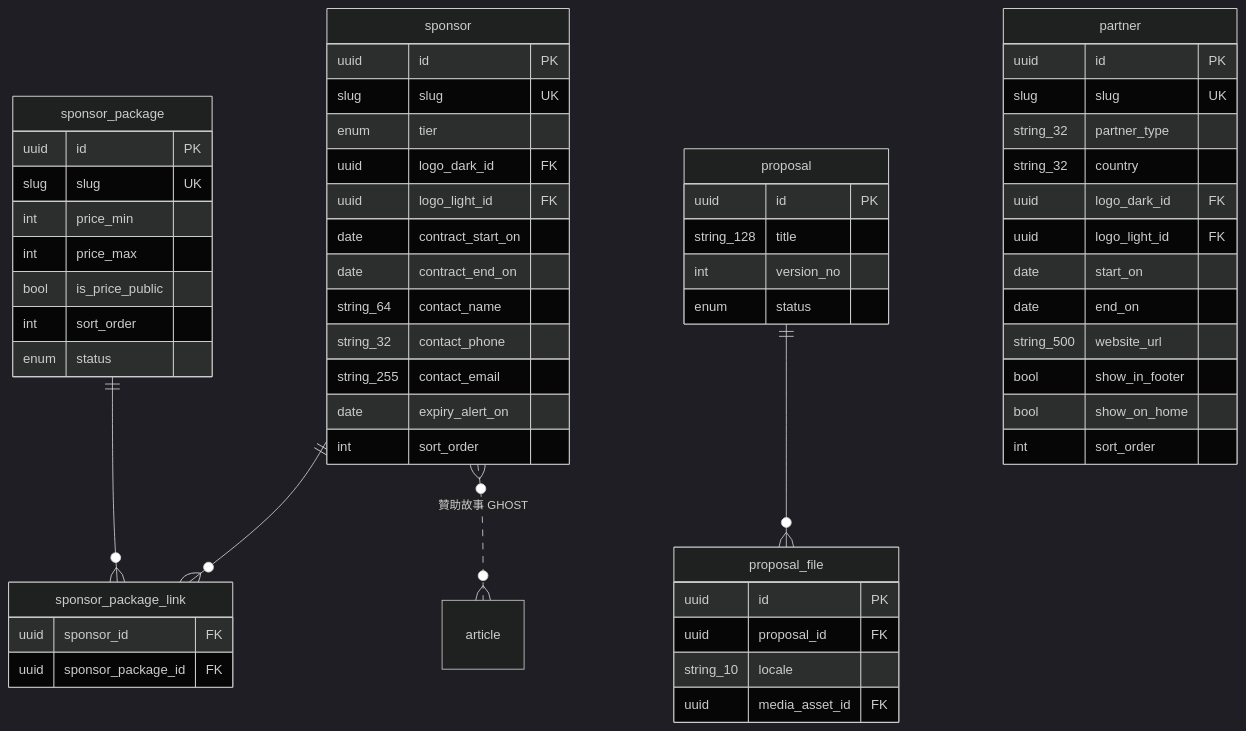
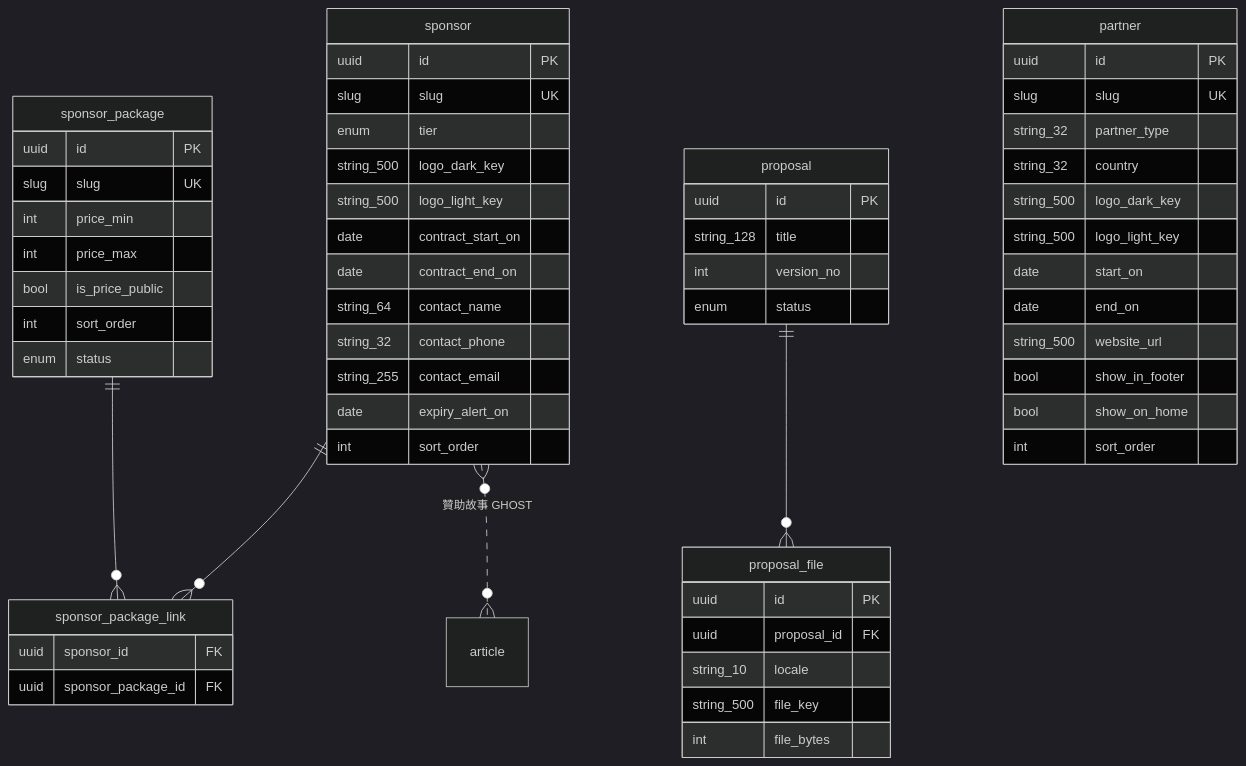
Before and after one commit to waiting0201/tcrfc: the seventh of 16 diagrams in docs/12a-database-erd.md, drawn with Mermaid (dark theme). The commit also changed other lines of this file and 24 other files, not shown here.

First line of the commit message:
feat: 後台圖片改為欄位直傳，新增 STATUS.md 工作追蹤表

````diff
--- a/docs/12a-database-erd.md
+++ b/docs/12a-database-erd.md
@@ -424,60 +421,61 @@
 ```mermaid
 erDiagram
   sponsor ||--o{ sponsor_package_link : ""
   sponsor_package ||--o{ sponsor_package_link : ""
   proposal ||--o{ proposal_file : ""
   sponsor }o..o{ article : "贊助故事 GHOST"
   partner {
     uuid id PK
     slug slug UK
     string_32 partner_type
     string_32 country
-    uuid logo_dark_id FK
-    uuid logo_light_id FK
+    string_500 logo_dark_key
+    string_500 logo_light_key
     date start_on
     date end_on
     string_500 website_url
     bool show_in_footer
     bool show_on_home
     int sort_order
   }
   sponsor {
     uuid id PK
     slug slug UK
     enum tier
-    uuid logo_dark_id FK
-    uuid logo_light_id FK
+    string_500 logo_dark_key
+    string_500 logo_light_key
     date contract_start_on
     date contract_end_on
     string_64 contact_name
     string_32 contact_phone
     string_255 contact_email
     date expiry_alert_on
     int sort_order
   }
   sponsor_package {
     uuid id PK
     slug slug UK
     int price_min
     int price_max
     bool is_price_public
     int sort_order
     enum status
   }
   sponsor_package_link {
     uuid sponsor_id FK
     uuid sponsor_package_id FK
   }
   proposal {
     uuid id PK
     string_128 title
     int version_no
     enum status
   }
   proposal_file {
     uuid id PK
     uuid proposal_id FK
     string_10 locale
-    uuid media_asset_id FK
+    string_500 file_key
+    int file_bytes
   }
 ```
````
